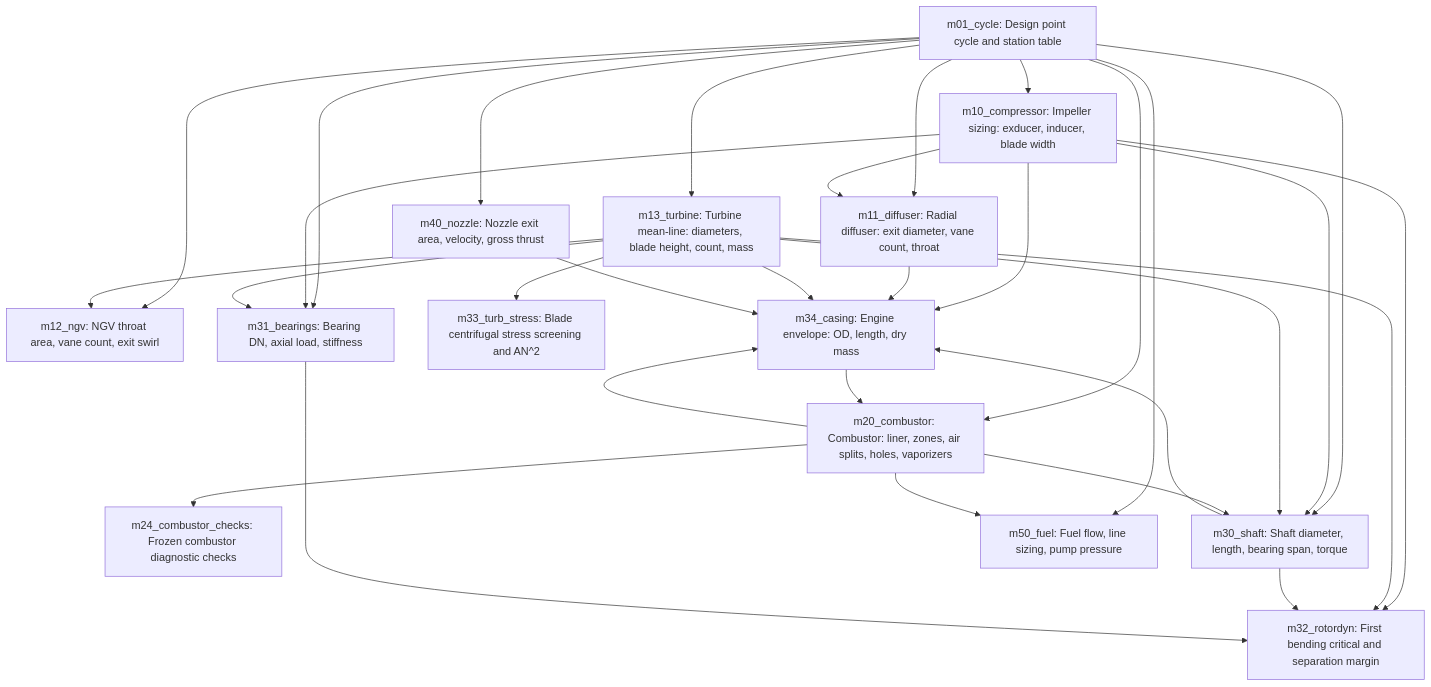
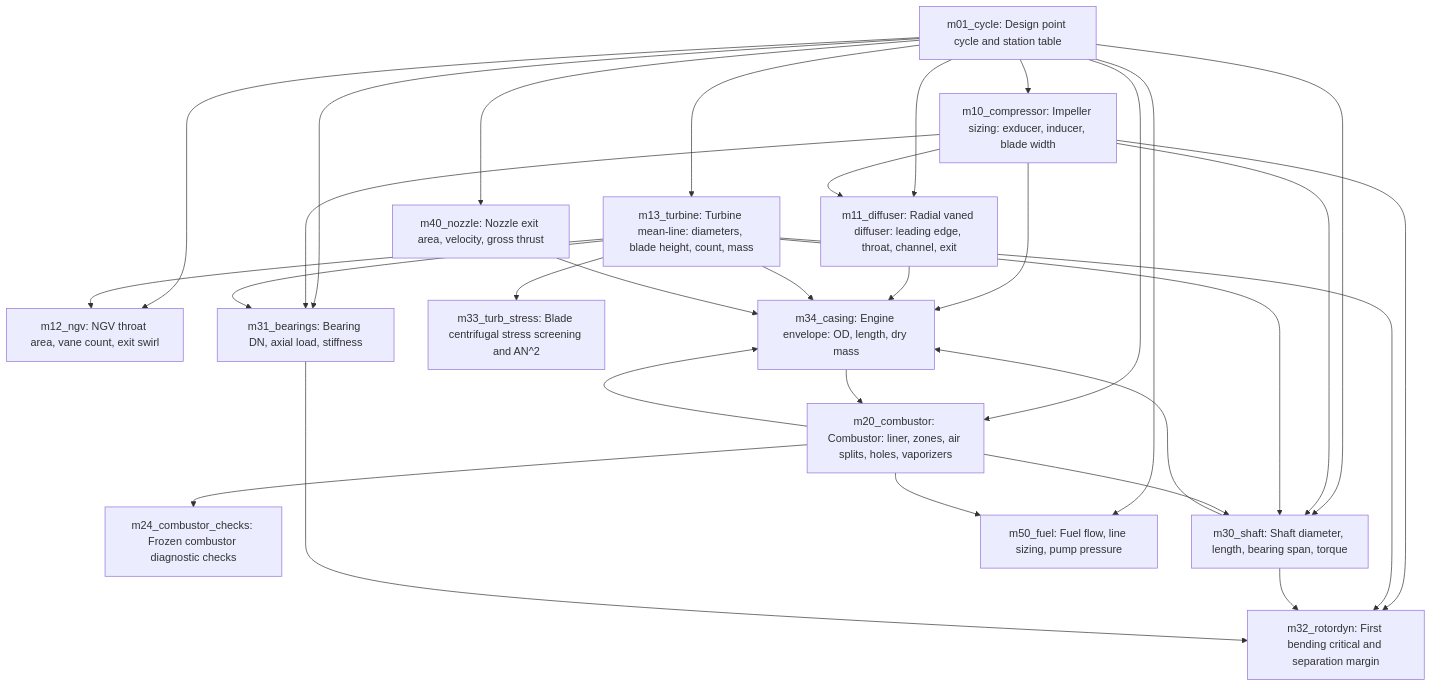
The first of 2 diagrams in docs/generated-dependencies.md (Rensselaer-Spaceflight-Society/CORE), drawn with Mermaid before and after one commit. The commit also changed other lines of this file and 190 other files, not shown here.

````diff
--- a/docs/generated-dependencies.md
+++ b/docs/generated-dependencies.md
@@ -7,47 +7,47 @@
 ```mermaid
 flowchart TD
     m01_cycle["m01_cycle: Design point cycle and station table"]
     m10_compressor["m10_compressor: Impeller sizing: exducer, inducer, blade width"]
-    m11_diffuser["m11_diffuser: Radial diffuser: exit diameter, vane count, throat"]
+    m11_diffuser["m11_diffuser: Radial vaned diffuser: leading edge, throat, channel, exit"]
     m12_ngv["m12_ngv: NGV throat area, vane count, exit swirl"]
     m13_turbine["m13_turbine: Turbine mean-line: diameters, blade height, count, mass"]
     m20_combustor["m20_combustor: Combustor: liner, zones, air splits, holes, vaporizers"]
     m24_combustor_checks["m24_combustor_checks: Frozen combustor diagnostic checks"]
     m30_shaft["m30_shaft: Shaft diameter, length, bearing span, torque"]
     m31_bearings["m31_bearings: Bearing DN, axial load, stiffness"]
     m32_rotordyn["m32_rotordyn: First bending critical and separation margin"]
     m33_turb_stress["m33_turb_stress: Blade centrifugal stress screening and AN^2"]
     m34_casing["m34_casing: Engine envelope: OD, length, dry mass"]
     m40_nozzle["m40_nozzle: Nozzle exit area, velocity, gross thrust"]
     m50_fuel["m50_fuel: Fuel flow, line sizing, pump pressure"]
     m01_cycle --> m10_compressor
     m01_cycle --> m11_diffuser
     m01_cycle --> m12_ngv
     m01_cycle --> m13_turbine
     m01_cycle --> m20_combustor
     m01_cycle --> m30_shaft
     m01_cycle --> m31_bearings
     m01_cycle --> m40_nozzle
     m01_cycle --> m50_fuel
     m10_compressor --> m11_diffuser
     m10_compressor --> m30_shaft
     m10_compressor --> m31_bearings
     m10_compressor --> m32_rotordyn
     m10_compressor --> m34_casing
     m11_diffuser --> m34_casing
     m13_turbine --> m12_ngv
     m13_turbine --> m30_shaft
     m13_turbine --> m31_bearings
     m13_turbine --> m32_rotordyn
     m13_turbine --> m33_turb_stress
     m13_turbine --> m34_casing
     m20_combustor --> m24_combustor_checks
     m20_combustor --> m30_shaft
     m20_combustor --> m34_casing
     m20_combustor --> m50_fuel
     m30_shaft --> m32_rotordyn
     m30_shaft --> m34_casing
     m31_bearings --> m32_rotordyn
     m34_casing --> m20_combustor
     m40_nozzle --> m34_casing
 ```
````
